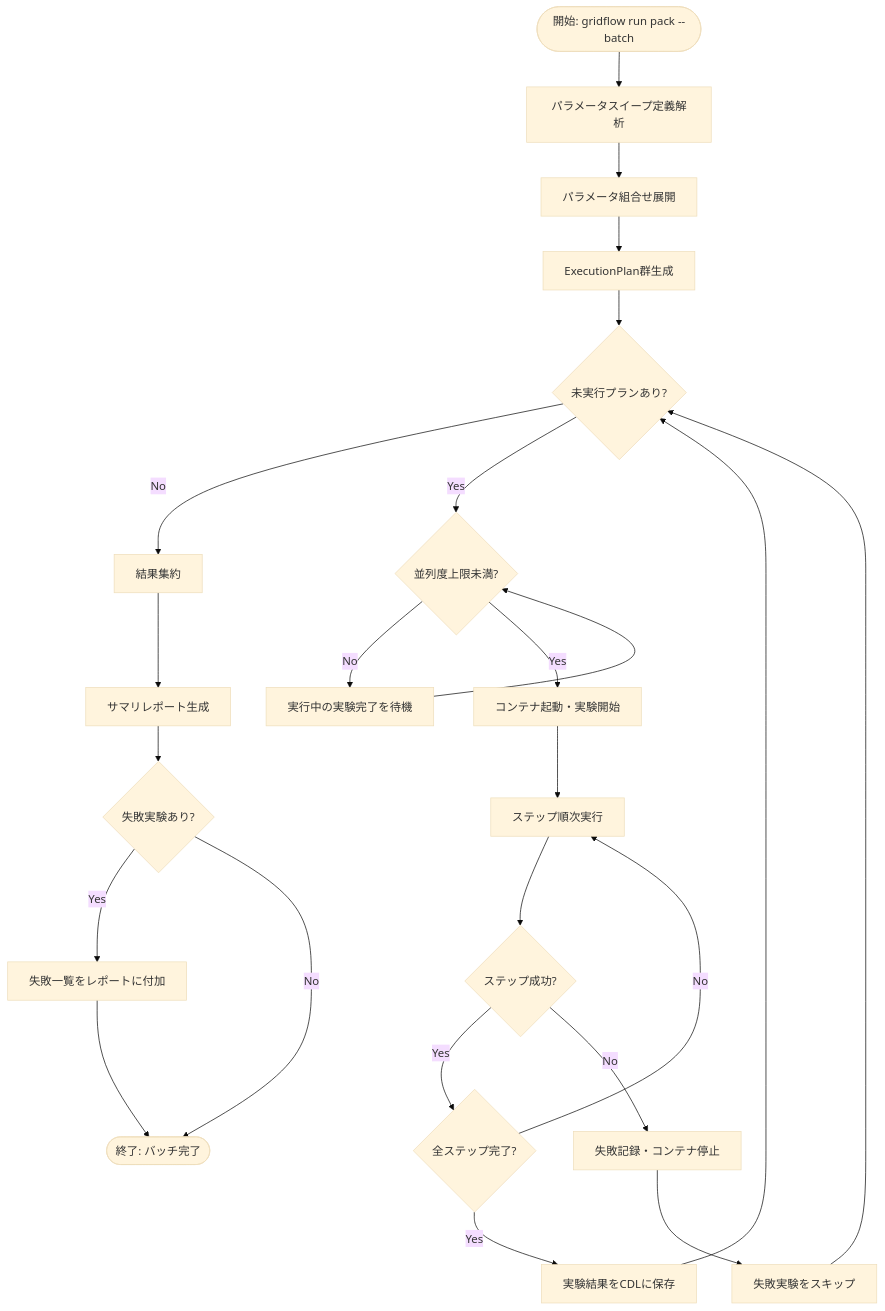
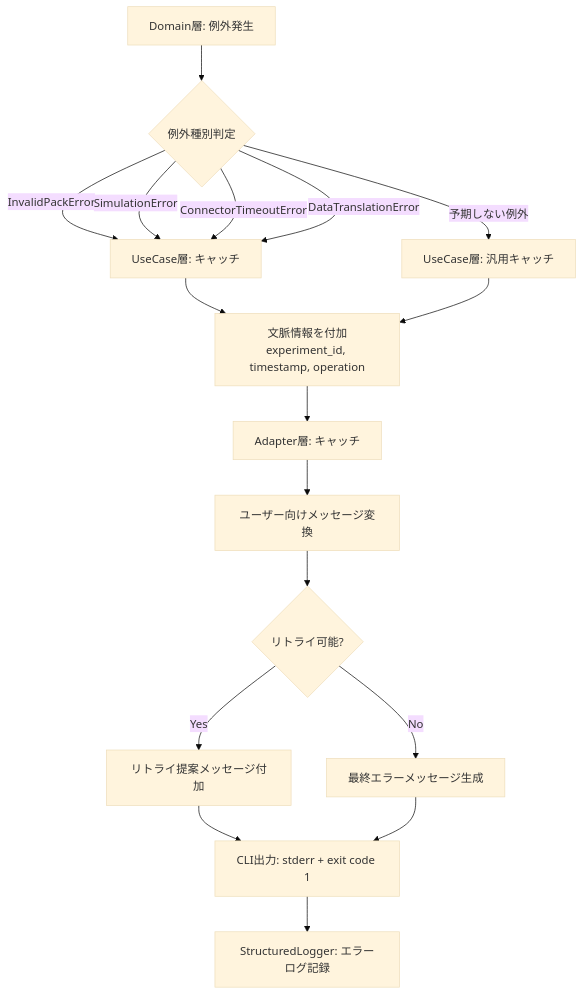
The tenth of 10 diagrams in docs/detailed_design/04_process_flow.md (bottlenome/gridflow), drawn with Mermaid (base theme) before and after one commit. The commit also changed other lines of this file, not shown here.

````diff
--- a/docs/detailed_design/04_process_flow.md
+++ b/docs/detailed_design/04_process_flow.md
@@ -318,26 +497,24 @@
 ```mermaid
 flowchart TD
-    A([開始: gridflow run pack --batch]) --> B[パラメータスイープ定義解析]
-    B --> C[パラメータ組合せ展開]
-    C --> D[ExecutionPlan群生成]
-    D --> E{未実行プランあり?}
-    E -- No --> M[結果集約]
-    E -- Yes --> F{並列度上限未満?}
-    F -- No --> G[実行中の実験完了を待機]
-    G --> F
-    F -- Yes --> H[コンテナ起動・実験開始]
-    H --> I[ステップ順次実行]
-    I --> J{ステップ成功?}
-    J -- Yes --> K{全ステップ完了?}
-    K -- No --> I
-    K -- Yes --> L[実験結果をCDLに保存]
-    L --> E
-    J -- No --> N[失敗記録・コンテナ停止]
-    N --> O[失敗実験をスキップ]
-    O --> E
-    M --> P[サマリレポート生成]
-    P --> Q{失敗実験あり?}
-    Q -- Yes --> R[失敗一覧をレポートに付加]
-    R --> S([終了: バッチ完了])
-    Q -- No --> S
+    A[Domain層: 例外発生] --> B{例外種別判定}
+    B -->|InvalidPackError| C[UseCase層: キャッチ]
+    B -->|SimulationError| C
+    B -->|ConnectorTimeoutError| C
+    B -->|DataTranslationError| C
+    B -->|予期しない例外| D[UseCase層: 汎用キャッチ]
+
+    C --> E[文脈情報を付加<br/>experiment_id, timestamp, operation]
+    D --> E
+
+    E --> F[Adapter層: キャッチ]
+    F --> G[ユーザー向けメッセージ変換]
+    G --> H{リトライ可能?}
+
+    H -->|Yes| I[リトライ提案メッセージ付加]
+    H -->|No| J[最終エラーメッセージ生成]
+
+    I --> K[CLI出力: stderr + exit code 1]
+    J --> K
+
+    K --> L[StructuredLogger: エラーログ記録]
 ```
````
